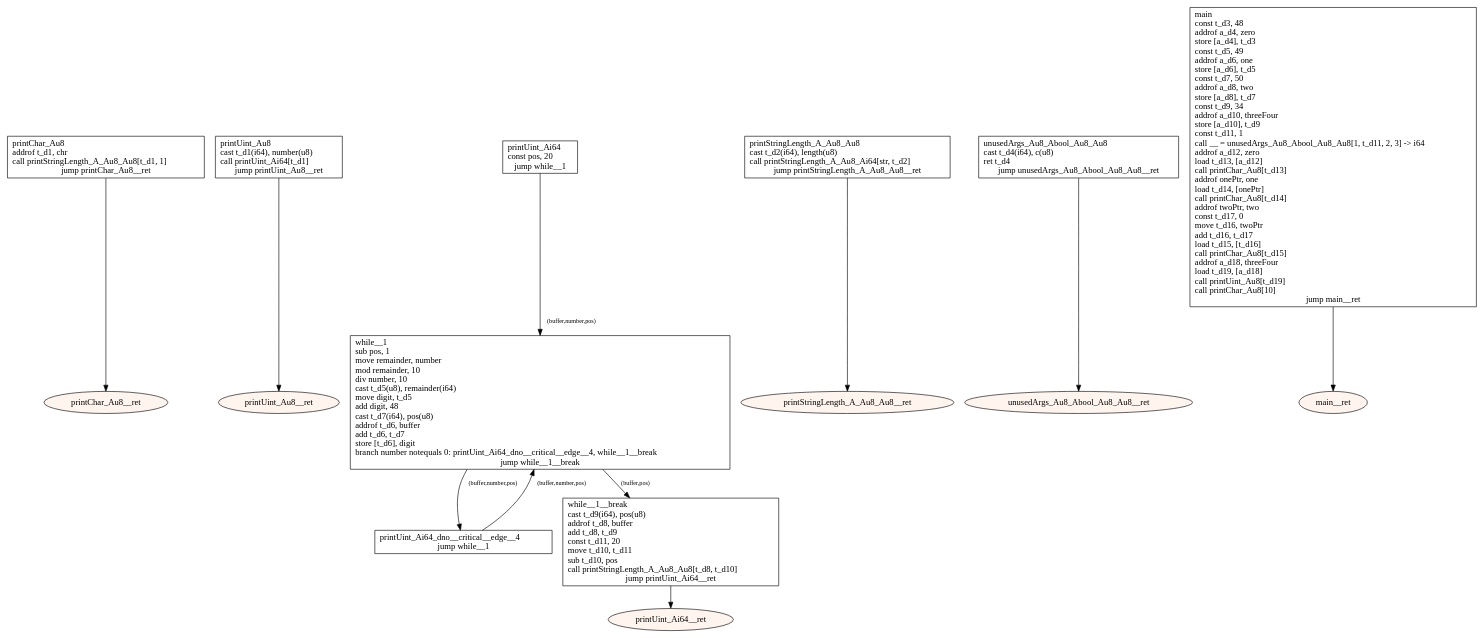
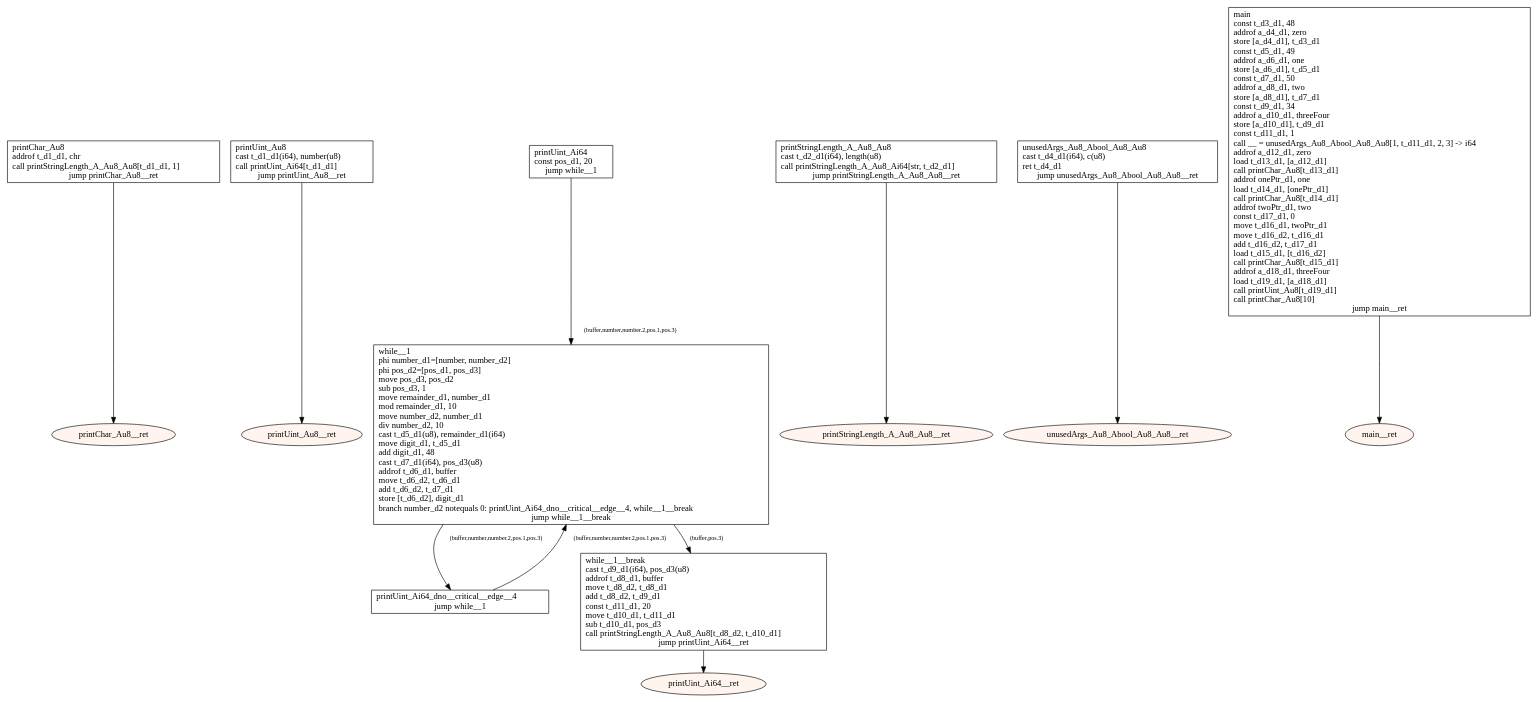
Before and after one commit to tmssngr/tinyC: the diagram in src/main/resources-test/compiler/windows/basics.dot, drawn with Graphviz. The commit also changed 90 other files, not shown here.

```diff
--- a/src/main/resources-test/compiler/windows/basics.dot
+++ b/src/main/resources-test/compiler/windows/basics.dot
@@ -1,40 +1,40 @@
 digraph program {
 	edge[fontsize="10pt"];
 	subgraph fn_printChar_Au8 {
-		BasicBlock_0_printChar_Au8 [label="printChar_Au8\laddrof t_d1, chr\lcall printStringLength_A_Au8_Au8[t_d1, 1]\ljump printChar_Au8__ret",shape=box];
+		BasicBlock_0_printChar_Au8 [label="printChar_Au8\laddrof t_d1_d1, chr\lcall printStringLength_A_Au8_Au8[t_d1_d1, 1]\ljump printChar_Au8__ret",shape=box];
 		BasicBlock_0_printChar_Au8 -> BasicBlock_0_printChar_Au8__ret;
 		BasicBlock_0_printChar_Au8__ret [label="printChar_Au8__ret",shape=oval,style=filled,fillcolor="#fff5ee"];
 	}
 	subgraph fn_printUint_Au8 {
-		BasicBlock_1_printUint_Au8 [label="printUint_Au8\lcast t_d1(i64), number(u8)\lcall printUint_Ai64[t_d1]\ljump printUint_Au8__ret",shape=box];
+		BasicBlock_1_printUint_Au8 [label="printUint_Au8\lcast t_d1_d1(i64), number(u8)\lcall printUint_Ai64[t_d1_d1]\ljump printUint_Au8__ret",shape=box];
 		BasicBlock_1_printUint_Au8 -> BasicBlock_1_printUint_Au8__ret;
 		BasicBlock_1_printUint_Au8__ret [label="printUint_Au8__ret",shape=oval,style=filled,fillcolor="#fff5ee"];
 	}
 	subgraph fn_printUint_Ai64 {
-		BasicBlock_2_printUint_Ai64 [label="printUint_Ai64\lconst pos, 20\ljump while__1",shape=box];
-		BasicBlock_2_printUint_Ai64 -> BasicBlock_2_while__1 [label="(buffer,number,pos)"];
+		BasicBlock_2_printUint_Ai64 [label="printUint_Ai64\lconst pos_d1, 20\ljump while__1",shape=box];
+		BasicBlock_2_printUint_Ai64 -> BasicBlock_2_while__1 [label="(buffer,number,number.2,pos.1,pos.3)"];
 		BasicBlock_2_printUint_Ai64_dno__critical__edge__4 [label="printUint_Ai64_dno__critical__edge__4\ljump while__1",shape=box];
-		BasicBlock_2_printUint_Ai64_dno__critical__edge__4 -> BasicBlock_2_while__1 [label="(buffer,number,pos)"];
-		BasicBlock_2_while__1 [label="while__1\lsub pos, 1\lmove remainder, number\lmod remainder, 10\ldiv number, 10\lcast t_d5(u8), remainder(i64)\lmove digit, t_d5\ladd digit, 48\lcast t_d7(i64), pos(u8)\laddrof t_d6, buffer\ladd t_d6, t_d7\lstore [t_d6], digit\lbranch number notequals 0: printUint_Ai64_dno__critical__edge__4, while__1__break\ljump while__1__break",shape=box];
-		BasicBlock_2_while__1 -> BasicBlock_2_printUint_Ai64_dno__critical__edge__4 [label="(buffer,number,pos)"];
-		BasicBlock_2_while__1 -> BasicBlock_2_while__1__break [label="(buffer,pos)"];
-		BasicBlock_2_while__1__break [label="while__1__break\lcast t_d9(i64), pos(u8)\laddrof t_d8, buffer\ladd t_d8, t_d9\lconst t_d11, 20\lmove t_d10, t_d11\lsub t_d10, pos\lcall printStringLength_A_Au8_Au8[t_d8, t_d10]\ljump printUint_Ai64__ret",shape=box];
+		BasicBlock_2_printUint_Ai64_dno__critical__edge__4 -> BasicBlock_2_while__1 [label="(buffer,number,number.2,pos.1,pos.3)"];
+		BasicBlock_2_while__1 [label="while__1\lphi number_d1=[number, number_d2]\lphi pos_d2=[pos_d1, pos_d3]\lmove pos_d3, pos_d2\lsub pos_d3, 1\lmove remainder_d1, number_d1\lmod remainder_d1, 10\lmove number_d2, number_d1\ldiv number_d2, 10\lcast t_d5_d1(u8), remainder_d1(i64)\lmove digit_d1, t_d5_d1\ladd digit_d1, 48\lcast t_d7_d1(i64), pos_d3(u8)\laddrof t_d6_d1, buffer\lmove t_d6_d2, t_d6_d1\ladd t_d6_d2, t_d7_d1\lstore [t_d6_d2], digit_d1\lbranch number_d2 notequals 0: printUint_Ai64_dno__critical__edge__4, while__1__break\ljump while__1__break",shape=box];
+		BasicBlock_2_while__1 -> BasicBlock_2_printUint_Ai64_dno__critical__edge__4 [label="(buffer,number,number.2,pos.1,pos.3)"];
+		BasicBlock_2_while__1 -> BasicBlock_2_while__1__break [label="(buffer,pos.3)"];
+		BasicBlock_2_while__1__break [label="while__1__break\lcast t_d9_d1(i64), pos_d3(u8)\laddrof t_d8_d1, buffer\lmove t_d8_d2, t_d8_d1\ladd t_d8_d2, t_d9_d1\lconst t_d11_d1, 20\lmove t_d10_d1, t_d11_d1\lsub t_d10_d1, pos_d3\lcall printStringLength_A_Au8_Au8[t_d8_d2, t_d10_d1]\ljump printUint_Ai64__ret",shape=box];
 		BasicBlock_2_while__1__break -> BasicBlock_2_printUint_Ai64__ret;
 		BasicBlock_2_printUint_Ai64__ret [label="printUint_Ai64__ret",shape=oval,style=filled,fillcolor="#fff5ee"];
 	}
 	subgraph fn_printStringLength_A_Au8_Au8 {
-		BasicBlock_3_printStringLength_A_Au8_Au8 [label="printStringLength_A_Au8_Au8\lcast t_d2(i64), length(u8)\lcall printStringLength_A_Au8_Ai64[str, t_d2]\ljump printStringLength_A_Au8_Au8__ret",shape=box];
+		BasicBlock_3_printStringLength_A_Au8_Au8 [label="printStringLength_A_Au8_Au8\lcast t_d2_d1(i64), length(u8)\lcall printStringLength_A_Au8_Ai64[str, t_d2_d1]\ljump printStringLength_A_Au8_Au8__ret",shape=box];
 		BasicBlock_3_printStringLength_A_Au8_Au8 -> BasicBlock_3_printStringLength_A_Au8_Au8__ret;
 		BasicBlock_3_printStringLength_A_Au8_Au8__ret [label="printStringLength_A_Au8_Au8__ret",shape=oval,style=filled,fillcolor="#fff5ee"];
 	}
 	subgraph fn_unusedArgs_Au8_Abool_Au8_Au8 {
-		BasicBlock_4_unusedArgs_Au8_Abool_Au8_Au8 [label="unusedArgs_Au8_Abool_Au8_Au8\lcast t_d4(i64), c(u8)\lret t_d4\ljump unusedArgs_Au8_Abool_Au8_Au8__ret",shape=box];
+		BasicBlock_4_unusedArgs_Au8_Abool_Au8_Au8 [label="unusedArgs_Au8_Abool_Au8_Au8\lcast t_d4_d1(i64), c(u8)\lret t_d4_d1\ljump unusedArgs_Au8_Abool_Au8_Au8__ret",shape=box];
 		BasicBlock_4_unusedArgs_Au8_Abool_Au8_Au8 -> BasicBlock_4_unusedArgs_Au8_Abool_Au8_Au8__ret;
 		BasicBlock_4_unusedArgs_Au8_Abool_Au8_Au8__ret [label="unusedArgs_Au8_Abool_Au8_Au8__ret",shape=oval,style=filled,fillcolor="#fff5ee"];
 	}
 	subgraph fn_main {
-		BasicBlock_5_main [label="main\lconst t_d3, 48\laddrof a_d4, zero\lstore [a_d4], t_d3\lconst t_d5, 49\laddrof a_d6, one\lstore [a_d6], t_d5\lconst t_d7, 50\laddrof a_d8, two\lstore [a_d8], t_d7\lconst t_d9, 34\laddrof a_d10, threeFour\lstore [a_d10], t_d9\lconst t_d11, 1\lcall __ = unusedArgs_Au8_Abool_Au8_Au8[1, t_d11, 2, 3] -> i64\laddrof a_d12, zero\lload t_d13, [a_d12]\lcall printChar_Au8[t_d13]\laddrof onePtr, one\lload t_d14, [onePtr]\lcall printChar_Au8[t_d14]\laddrof twoPtr, two\lconst t_d17, 0\lmove t_d16, twoPtr\ladd t_d16, t_d17\lload t_d15, [t_d16]\lcall printChar_Au8[t_d15]\laddrof a_d18, threeFour\lload t_d19, [a_d18]\lcall printUint_Au8[t_d19]\lcall printChar_Au8[10]\ljump main__ret",shape=box];
+		BasicBlock_5_main [label="main\lconst t_d3_d1, 48\laddrof a_d4_d1, zero\lstore [a_d4_d1], t_d3_d1\lconst t_d5_d1, 49\laddrof a_d6_d1, one\lstore [a_d6_d1], t_d5_d1\lconst t_d7_d1, 50\laddrof a_d8_d1, two\lstore [a_d8_d1], t_d7_d1\lconst t_d9_d1, 34\laddrof a_d10_d1, threeFour\lstore [a_d10_d1], t_d9_d1\lconst t_d11_d1, 1\lcall __ = unusedArgs_Au8_Abool_Au8_Au8[1, t_d11_d1, 2, 3] -> i64\laddrof a_d12_d1, zero\lload t_d13_d1, [a_d12_d1]\lcall printChar_Au8[t_d13_d1]\laddrof onePtr_d1, one\lload t_d14_d1, [onePtr_d1]\lcall printChar_Au8[t_d14_d1]\laddrof twoPtr_d1, two\lconst t_d17_d1, 0\lmove t_d16_d1, twoPtr_d1\lmove t_d16_d2, t_d16_d1\ladd t_d16_d2, t_d17_d1\lload t_d15_d1, [t_d16_d2]\lcall printChar_Au8[t_d15_d1]\laddrof a_d18_d1, threeFour\lload t_d19_d1, [a_d18_d1]\lcall printUint_Au8[t_d19_d1]\lcall printChar_Au8[10]\ljump main__ret",shape=box];
 		BasicBlock_5_main -> BasicBlock_5_main__ret;
 		BasicBlock_5_main__ret [label="main__ret",shape=oval,style=filled,fillcolor="#fff5ee"];
 	}
 }
```
